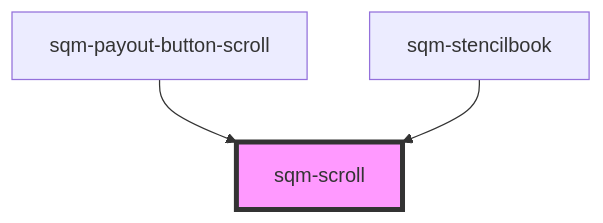
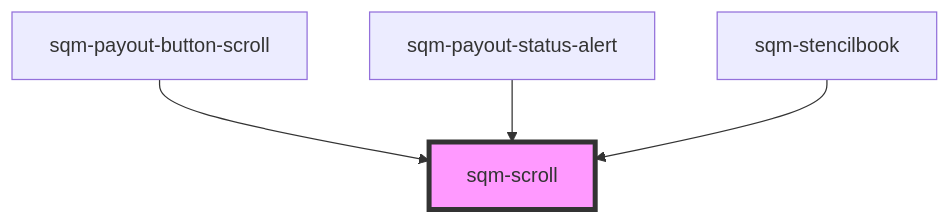
One commit to saasquatch/program-tools changed the diagram in packages/mint-components/src/components/sqm-scroll/readme.md. Above: the diagram before and after it, drawn with Mermaid. The commit also changed other lines of this file and 11 other files, not shown here.

````diff
--- a/packages/mint-components/src/components/sqm-scroll/readme.md
+++ b/packages/mint-components/src/components/sqm-scroll/readme.md
@@ -32,6 +33,7 @@
 ```mermaid
 graph TD;
   sqm-payout-button-scroll --> sqm-scroll
+  sqm-payout-status-alert --> sqm-scroll
   sqm-stencilbook --> sqm-scroll
   style sqm-scroll fill:#f9f,stroke:#333,stroke-width:4px
 ```
````
